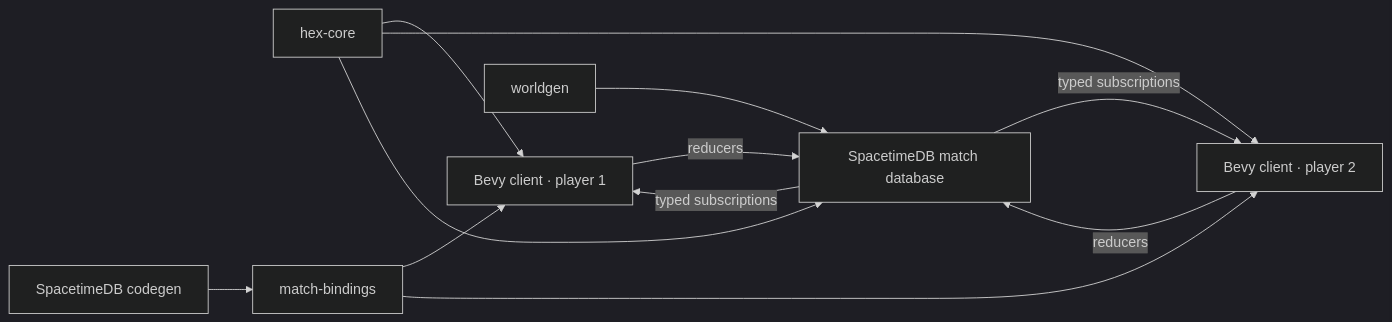
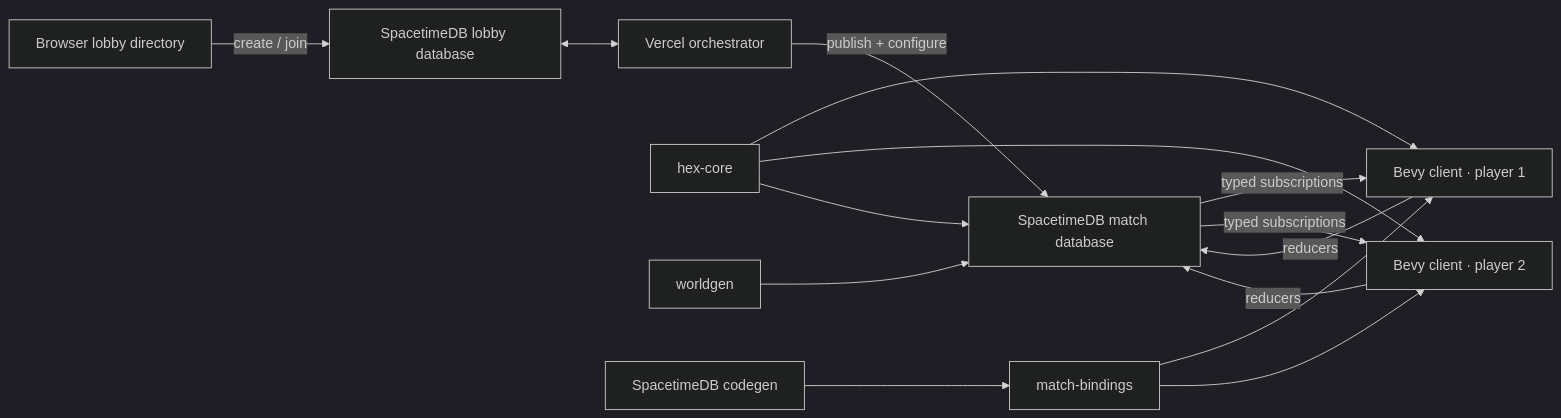
Before and after one commit to devteapot/of: the diagram in docs/implementation.md, drawn with Mermaid (dark theme). The commit also changed other lines of this file and 16 other files, not shown here.

````diff
--- a/docs/implementation.md
+++ b/docs/implementation.md
@@ -11,14 +11,17 @@
 ```mermaid
 flowchart LR
+    L["Browser lobby directory"] -->|"create / join"| CDB["SpacetimeDB lobby database"]
+    O["Vercel orchestrator"] -->|"publish + configure"| DB
+    CDB <--> O
     A["Bevy client · player 1"] -->|"reducers"| DB["SpacetimeDB match database"]
     B["Bevy client · player 2"] -->|"reducers"| DB
     DB -->|"typed subscriptions"| A
     DB -->|"typed subscriptions"| B
     HC["hex-core"] --> A
     HC --> B
     HC --> DB
     WG["worldgen"] --> DB
     GEN["SpacetimeDB codegen"] --> BIND["match-bindings"]
     BIND --> A
     BIND --> B
 ```
````
